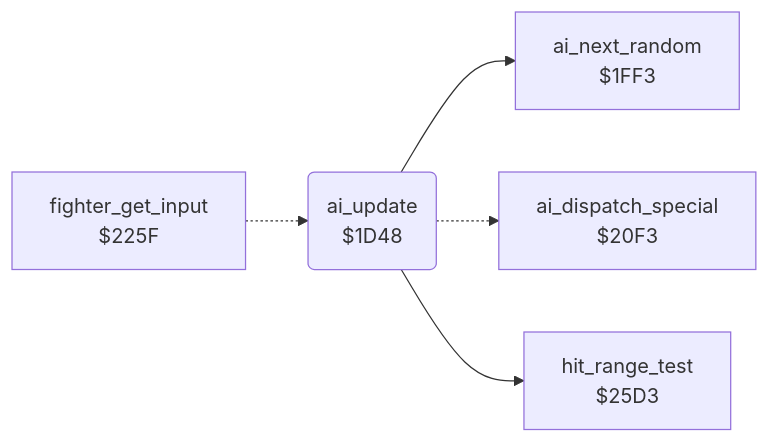
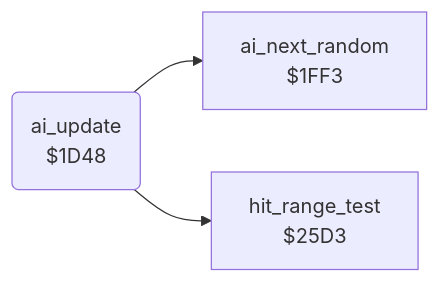
Before and after one commit to henols/c64_games: the diagram in exploding_fist/v1/docs/reference/modules/ai/ai_opponent.md, drawn with Mermaid. The commit also changed other lines of this file and 319 other files, not shown here.

````diff
--- a/exploding_fist/v1/docs/reference/modules/ai/ai_opponent.md
+++ b/exploding_fist/v1/docs/reference/modules/ai/ai_opponent.md
@@ -10,12 +17,8 @@
 ```mermaid
 flowchart LR
   n1d48("ai_update<br/>$1D48")
   n1ff3["ai_next_random<br/>$1FF3"]
-  n20f3["ai_dispatch_special<br/>$20F3"]
-  n225f["fighter_get_input<br/>$225F"]
   n25d3["hit_range_test<br/>$25D3"]
   n1d48 --> n1ff3
-  n1d48 -.-> n20f3
   n1d48 --> n25d3
-  n225f -.-> n1d48
 ```
````
